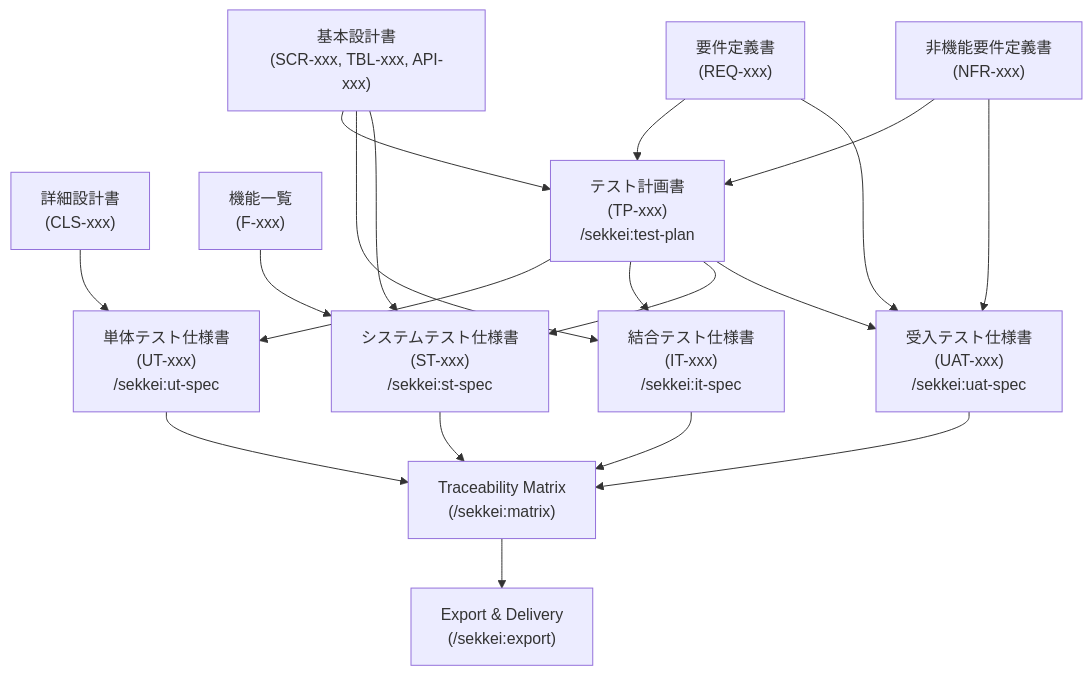
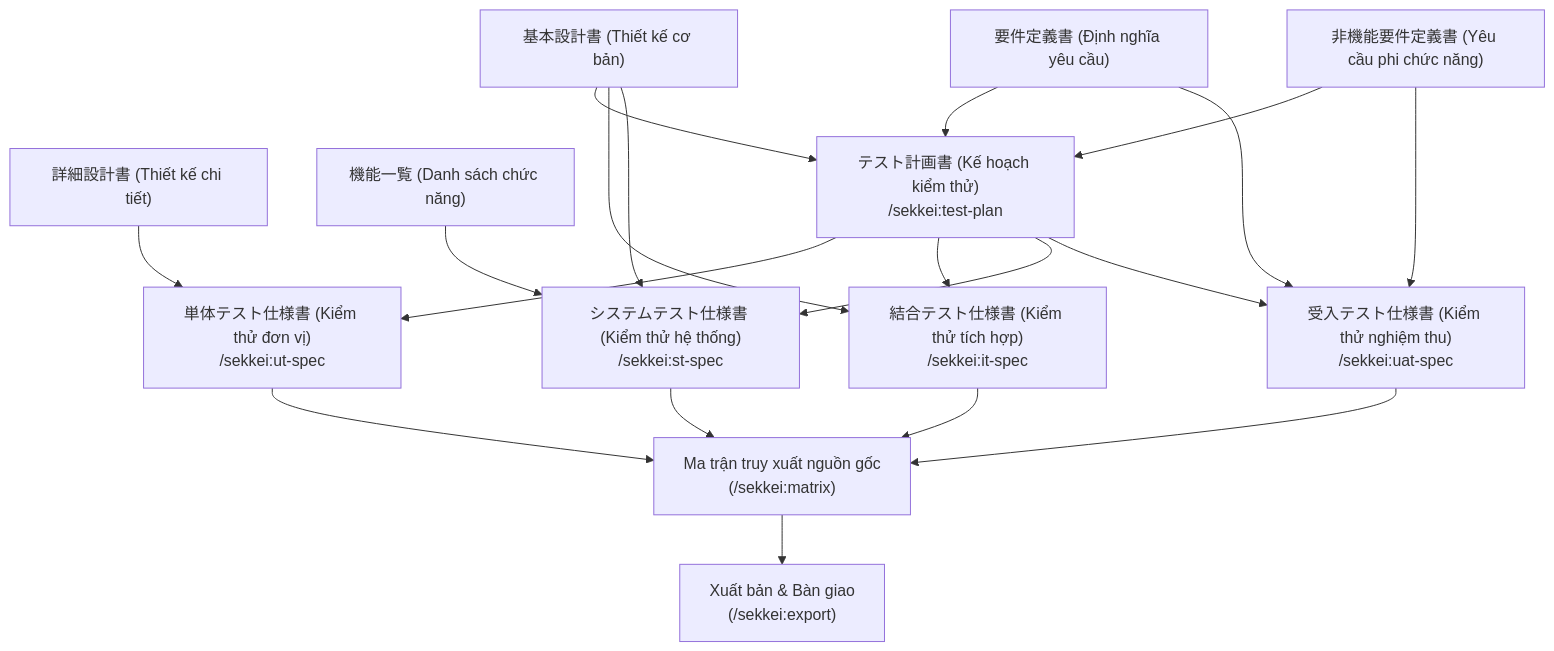
The diagram in docs/user-guide/04-workflow/03-testing.md (bienhoang/sekkei-ai-agents), drawn with Mermaid before and after one commit. The commit also changed other lines of this file and 45 other files, not shown here.

````diff
--- a/docs/user-guide/04-workflow/03-testing.md
+++ b/docs/user-guide/04-workflow/03-testing.md
@@ -38,40 +37,40 @@
 ```mermaid
 flowchart TD
-    BD["基本設計書\n(SCR-xxx, TBL-xxx, API-xxx)"]
-    DD["詳細設計書\n(CLS-xxx)"]
-    REQ["要件定義書\n(REQ-xxx)"]
-    NFR["非機能要件定義書\n(NFR-xxx)"]
-    FL["機能一覧\n(F-xxx)"]
+    BD["基本設計書 (Thiết kế cơ bản)"]
+    DD["詳細設計書 (Thiết kế chi tiết)"]
+    REQ["要件定義書 (Định nghĩa yêu cầu)"]
+    NFR["非機能要件定義書 (Yêu cầu phi chức năng)"]
+    FL["機能一覧 (Danh sách chức năng)"]
 
-    TP["テスト計画書\n(TP-xxx)\n/sekkei:test-plan"]
+    TP["テスト計画書 (Kế hoạch kiểm thử)\n/sekkei:test-plan"]
 
-    UT["単体テスト仕様書\n(UT-xxx)\n/sekkei:ut-spec"]
-    IT["結合テスト仕様書\n(IT-xxx)\n/sekkei:it-spec"]
-    ST["システムテスト仕様書\n(ST-xxx)\n/sekkei:st-spec"]
-    UAT["受入テスト仕様書\n(UAT-xxx)\n/sekkei:uat-spec"]
+    UT["単体テスト仕様書 (Kiểm thử đơn vị)\n/sekkei:ut-spec"]
+    IT["結合テスト仕様書 (Kiểm thử tích hợp)\n/sekkei:it-spec"]
+    ST["システムテスト仕様書 (Kiểm thử hệ thống)\n/sekkei:st-spec"]
+    UAT["受入テスト仕様書 (Kiểm thử nghiệm thu)\n/sekkei:uat-spec"]
 
-    MATRIX["Traceability Matrix\n(/sekkei:matrix)"]
-    EXPORT["Export & Delivery\n(/sekkei:export)"]
+    MATRIX["Ma trận truy xuất nguồn gốc\n(/sekkei:matrix)"]
+    EXPORT["Xuất bản & Bàn giao\n(/sekkei:export)"]
 
     REQ --> TP
     NFR --> TP
     BD --> TP
 
     DD --> UT
     BD --> IT
     BD --> ST
     FL --> ST
     REQ --> UAT
     NFR --> UAT
 
     TP --> UT
     TP --> IT
     TP --> ST
     TP --> UAT
 
     UT --> MATRIX
     IT --> MATRIX
     ST --> MATRIX
     UAT --> MATRIX
     MATRIX --> EXPORT
 ```
````
